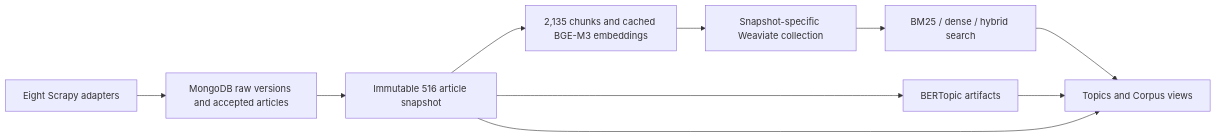
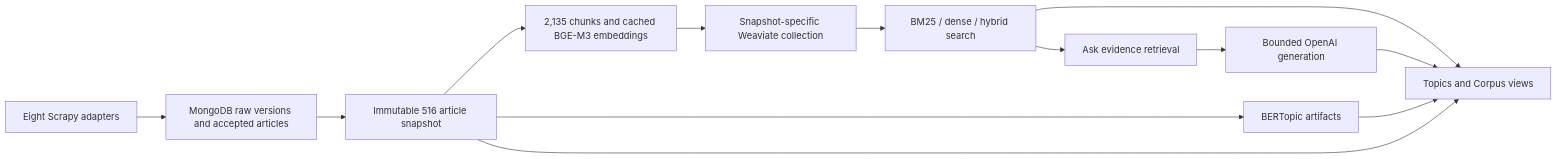
One commit to Moniya03/News-intelligence-platform changed the diagram in docs/architecture.md. Above: the diagram before and after it, drawn with Mermaid. The commit also changed other lines of this file and 35 other files, not shown here.

````diff
--- a/docs/architecture.md
+++ b/docs/architecture.md
@@ -5,12 +5,15 @@
 ```mermaid
 flowchart LR
   S[Eight Scrapy adapters] --> R[MongoDB raw versions and accepted articles]
   R --> F[Immutable 516 article snapshot]
   F --> P[2,135 chunks and cached BGE-M3 embeddings]
   P --> W[Snapshot-specific Weaviate collection]
   W --> A[BM25 / dense / hybrid search]
   F --> T[BERTopic artifacts]
   A --> U[Search interface]
+  A --> Q[Ask evidence retrieval]
+  Q --> G[Bounded OpenAI generation]
+  G --> U
   T --> U
   F --> U[Topics and Corpus views]
 ```
````
